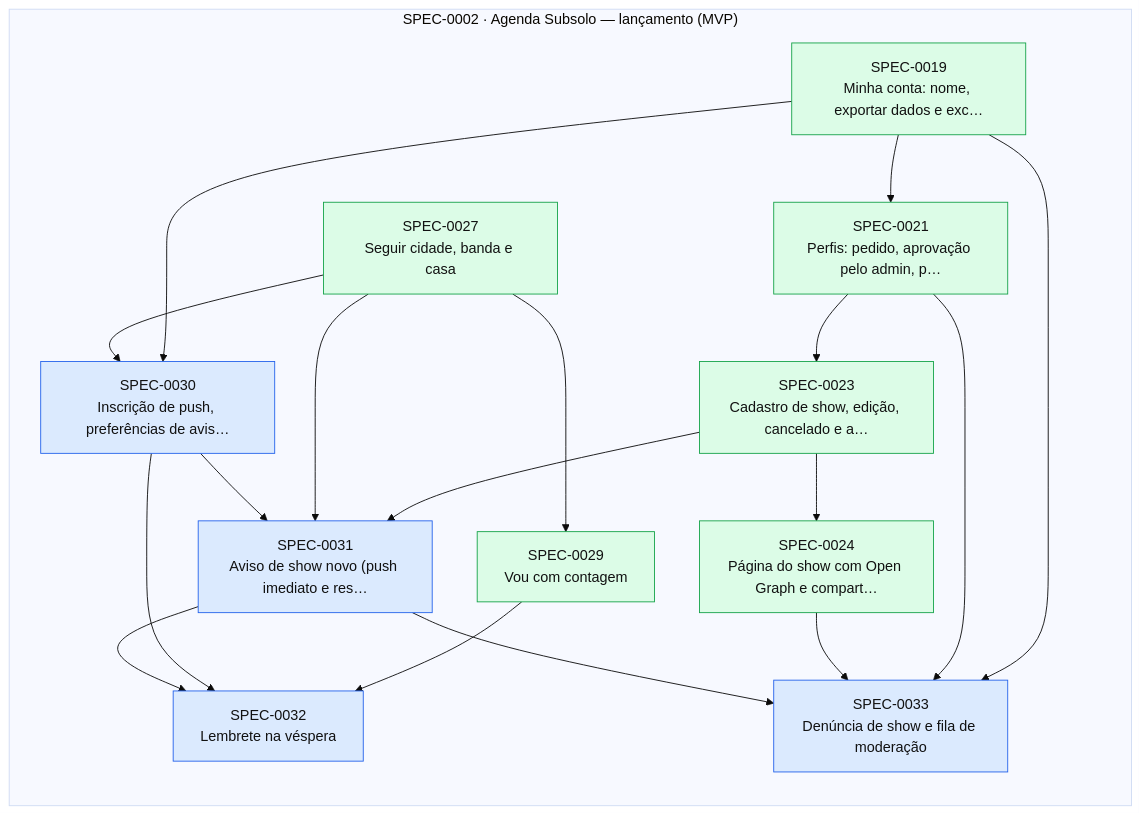
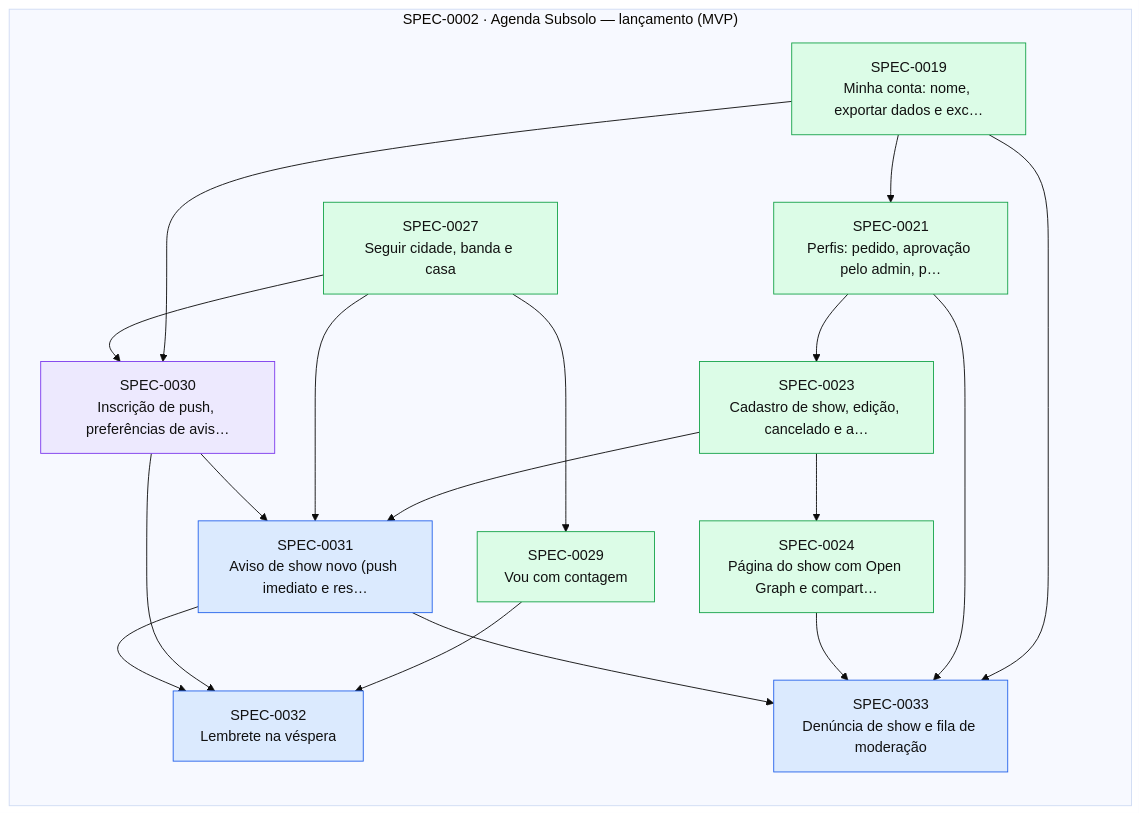
One commit to thomasravache/subsolo changed the diagram in docs/specs/INDEX.md. Above: the diagram before and after it, drawn with Mermaid (base theme). The commit also changed other lines of this file and 1 other file, not shown here.

First line of the commit message:
docs(sdd): start SPEC-0030

````diff
--- a/docs/specs/INDEX.md
+++ b/docs/specs/INDEX.md
@@ -69,36 +69,36 @@
 ```mermaid
 flowchart LR
   subgraph E0002["SPEC-0002 · Agenda Subsolo — lançamento (MVP)"]
     S0019["SPEC-0019<br/>Minha conta: nome, exportar dados e exc…"]:::implemented
     S0021["SPEC-0021<br/>Perfis: pedido, aprovação pelo admin, p…"]:::implemented
     S0023["SPEC-0023<br/>Cadastro de show, edição, cancelado e a…"]:::implemented
     S0024["SPEC-0024<br/>Página do show com Open Graph e compart…"]:::implemented
     S0027["SPEC-0027<br/>Seguir cidade, banda e casa"]:::implemented
     S0029["SPEC-0029<br/>Vou com contagem"]:::implemented
-    S0030["SPEC-0030<br/>Inscrição de push, preferências de avis…"]:::approved
+    S0030["SPEC-0030<br/>Inscrição de push, preferências de avis…"]:::inprogress
     S0031["SPEC-0031<br/>Aviso de show novo (push imediato e res…"]:::approved
     S0032["SPEC-0032<br/>Lembrete na véspera"]:::approved
     S0033["SPEC-0033<br/>Denúncia de show e fila de moderação"]:::approved
   end
   S0019 --> S0021
   S0021 --> S0023
   S0023 --> S0024
   S0027 --> S0029
   S0019 --> S0030
   S0027 --> S0030
   S0023 --> S0031
   S0027 --> S0031
   S0030 --> S0031
   S0029 --> S0032
   S0030 --> S0032
   S0031 --> S0032
   S0019 --> S0033
   S0021 --> S0033
   S0024 --> S0033
   S0031 --> S0033
   classDef proposed fill:#fef3c7,stroke:#d97706,color:#111
   classDef approved fill:#dbeafe,stroke:#2563eb,color:#111
   classDef inprogress fill:#ede9fe,stroke:#7c3aed,color:#111
   classDef implemented fill:#dcfce7,stroke:#16a34a,color:#111
   classDef deprecated fill:#f3f4f6,stroke:#9ca3af,color:#6b7280
 ```
````
